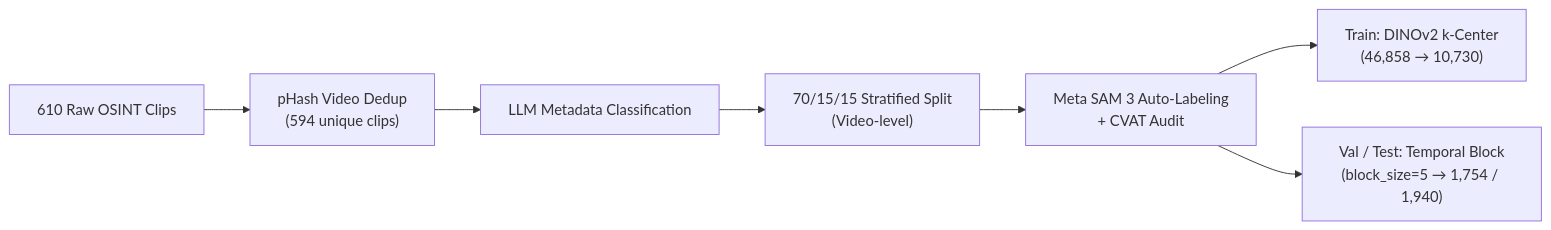
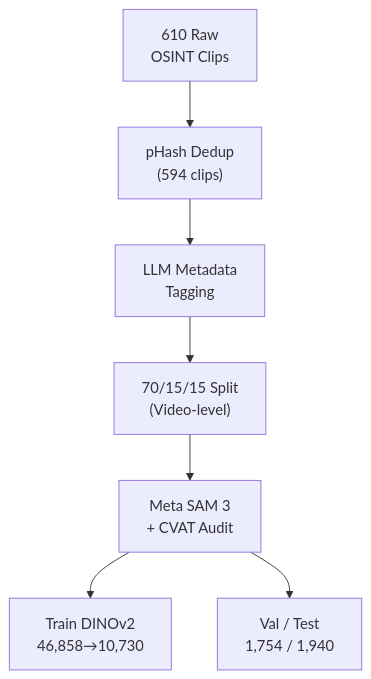
One commit to Hannysia/drone_detection changed the diagram in README.md. Above: the diagram before and after it, drawn with Mermaid.

Commit message:
docs: fix clipped Mermaid flowchart

````diff
--- a/README.md
+++ b/README.md
@@ -23,9 +23,9 @@
 ```mermaid
-flowchart LR
-    A["610 Raw OSINT Clips"] --> B["pHash Video Dedup<br/>(594 unique clips)"]
-    B --> C["LLM Metadata Classification"]
-    C --> D["70/15/15 Stratified Split<br/>(Video-level)"]
-    D --> E["Meta SAM 3 Auto-Labeling<br/>+ CVAT Audit"]
-    E --> F["Train: DINOv2 k-Center<br/>(46,858 → 10,730)"]
-    E --> G["Val / Test: Temporal Block<br/>(block_size=5 → 1,754 / 1,940)"]
+flowchart TD
+    A["610 Raw<br/>OSINT Clips"] --> B["pHash Dedup<br/>(594 clips)"]
+    B --> C["LLM Metadata<br/>Tagging"]
+    C --> D["70/15/15 Split<br/>(Video-level)"]
+    D --> E["Meta SAM 3<br/>+ CVAT Audit"]
+    E --> F["Train DINOv2<br/>46,858→10,730"]
+    E --> G["Val / Test<br/>1,754 / 1,940"]
 ```
````
